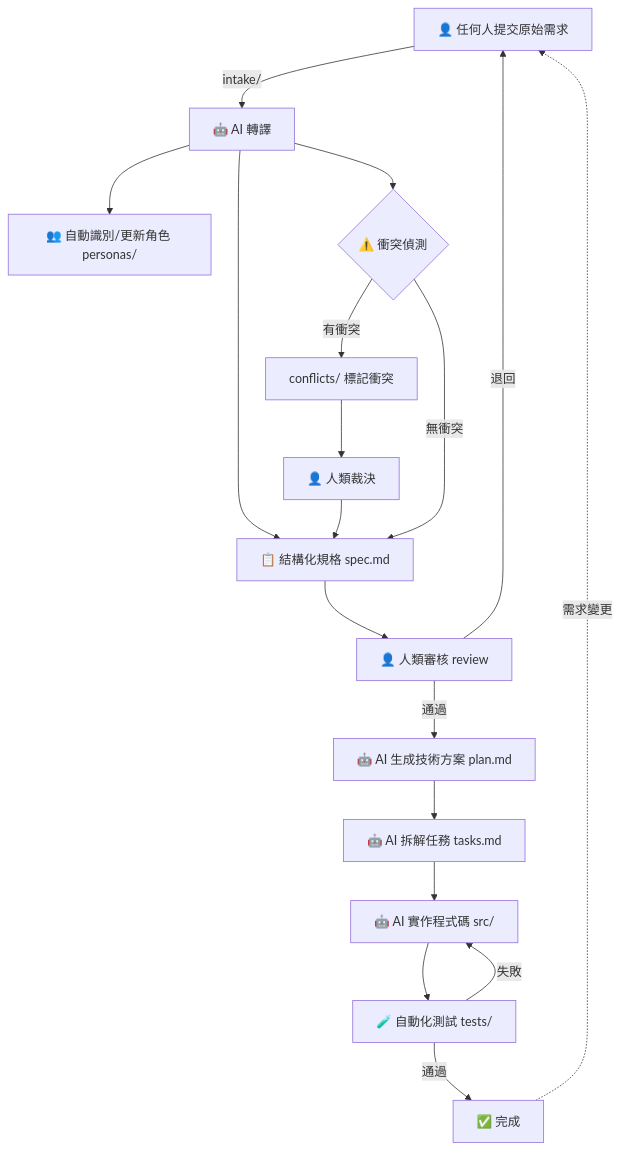
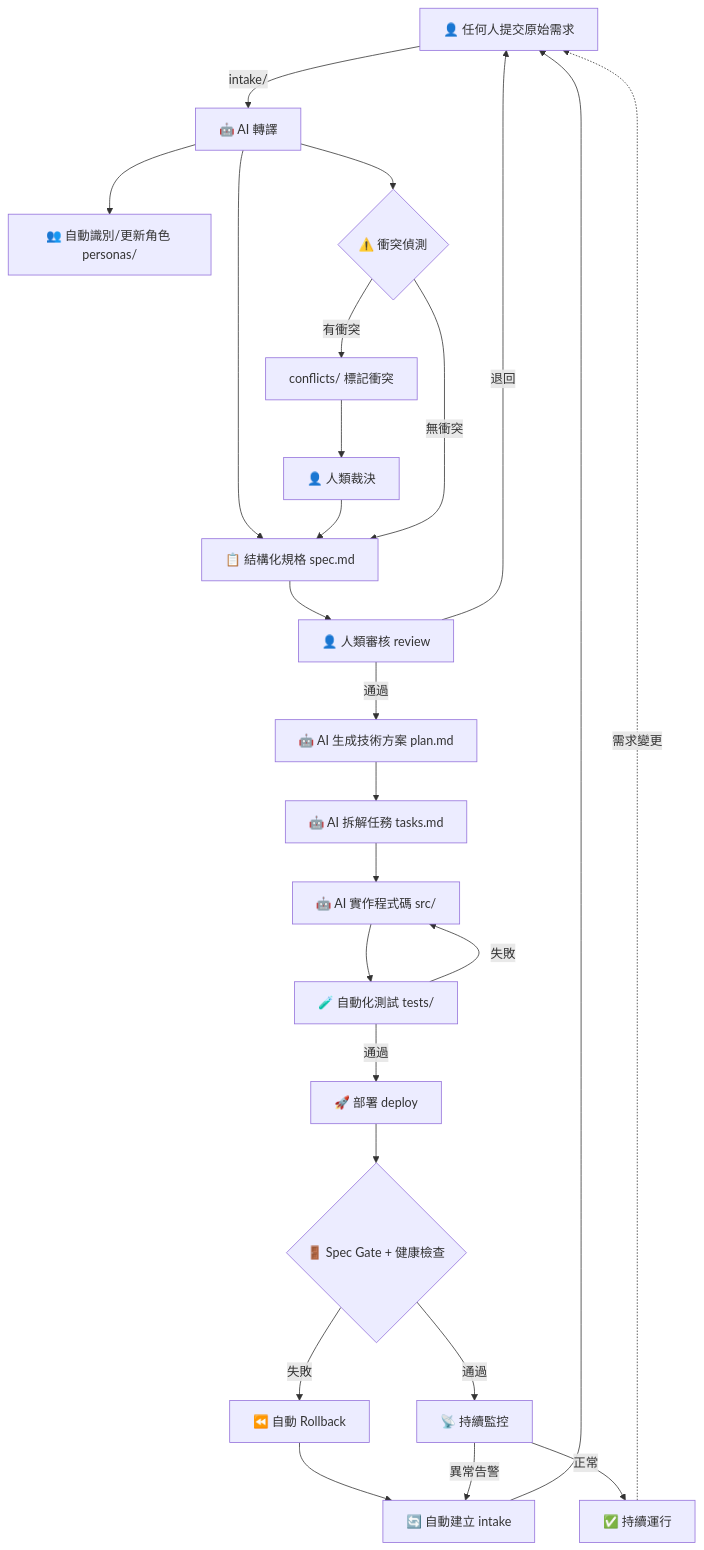
Before and after one commit to adamou0408/req: the first of 3 diagrams in docs/workflow.md, drawn with Mermaid. The commit also changed other lines of this file and 21 other files, not shown here.

````diff
--- a/docs/workflow.md
+++ b/docs/workflow.md
@@ -5,20 +5,27 @@
 ```mermaid
 graph TD
     A[👤 任何人提交原始需求] -->|intake/| B[🤖 AI 轉譯]
     B --> C[📋 結構化規格 spec.md]
     B --> D[👥 自動識別/更新角色 personas/]
     B --> E{⚠️ 衝突偵測}
     E -->|有衝突| F[conflicts/ 標記衝突]
     F --> G[👤 人類裁決]
     G --> C
     E -->|無衝突| C
     C --> H[👤 人類審核 review]
     H -->|退回| A
     H -->|通過| I[🤖 AI 生成技術方案 plan.md]
     I --> J[🤖 AI 拆解任務 tasks.md]
     J --> K[🤖 AI 實作程式碼 src/]
     K --> L[🧪 自動化測試 tests/]
     L -->|失敗| K
-    L -->|通過| M[✅ 完成]
-    M -.->|需求變更| A
+    L -->|通過| M[🚀 部署 deploy]
+    M --> N{🚪 Spec Gate + 健康檢查}
+    N -->|失敗| O[⏪ 自動 Rollback]
+    O --> P[🔄 自動建立 intake]
+    P --> A
+    N -->|通過| Q[📡 持續監控]
+    Q -->|異常告警| P
+    Q -->|正常| R[✅ 持續運行]
+    R -.->|需求變更| A
 ```
````
